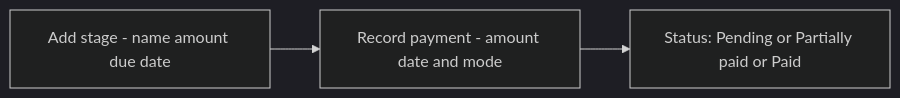
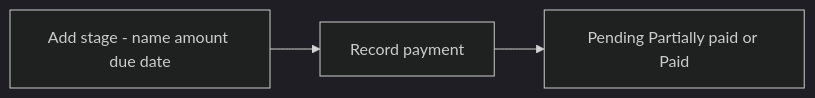
Before and after one commit to mishabcp/buildops: the sixth of 10 diagrams in docs/USER_GUIDE.md, drawn with Mermaid (dark theme). The commit also changed other lines of this file and 45 other files, not shown here.

````diff
--- a/docs/USER_GUIDE.md
+++ b/docs/USER_GUIDE.md
@@ -87,5 +125,5 @@
 ```mermaid
 flowchart LR
-  AddStage[Add stage - name amount due date] --> RecordPayment[Record payment - amount date and mode]
-  RecordPayment --> Status[Status: Pending or Partially paid or Paid]
+  AddStage[Add stage - name amount due date] --> RecordPayment[Record payment]
+  RecordPayment --> Status[Pending Partially paid or Paid]
 ```
````
